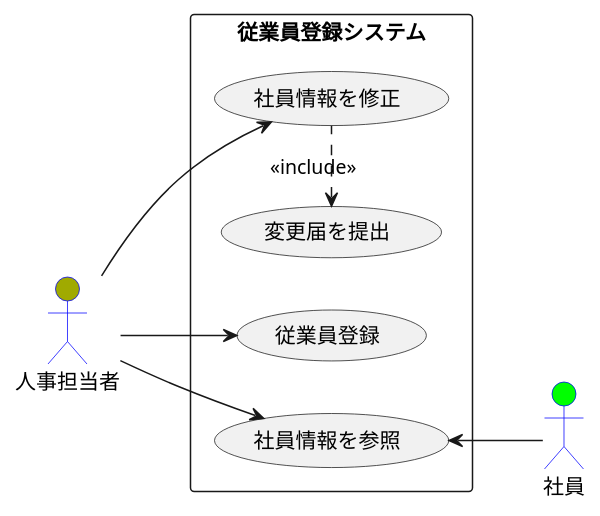
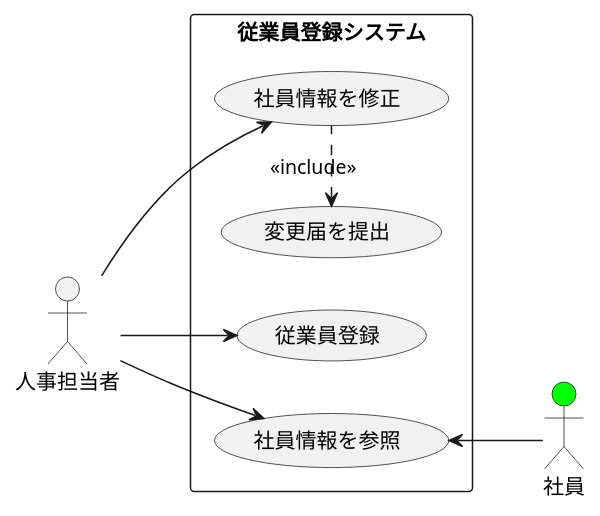
One commit to puratina1011/umt_introduction changed the diagram in 課題2/演習2-6_盛岡システム_従業員登録システム.pu. Above: the diagram before and after it, drawn with PlantUML.

Commit message:
あります

```diff
--- a/課題2/演習2-6_盛岡システム_従業員登録システム.pu
+++ b/課題2/演習2-6_盛岡システム_従業員登録システム.pu
@@ -1,16 +1,16 @@
 @startuml startuml 課題2-6
 left to right direction
-actor 社員 #00FF00;line:Green;line:blue;
-actor 人事担当者 #A0AA00;line:Green;line:blue;
+actor 社員 #00FF00
+actor 人事担当者 
 rectangle 従業員登録システム {
 usecase 従業員登録
 usecase 社員情報を修正
 usecase 変更届を提出
 usecase 社員情報を参照
 }
 人事担当者 --> 従業員登録
 人事担当者 --> 社員情報を修正
 変更届を提出 <. 社員情報を修正: <<include>>
 社員情報を参照 <-- 社員
 人事担当者 --> 社員情報を参照
 @enduml
```
